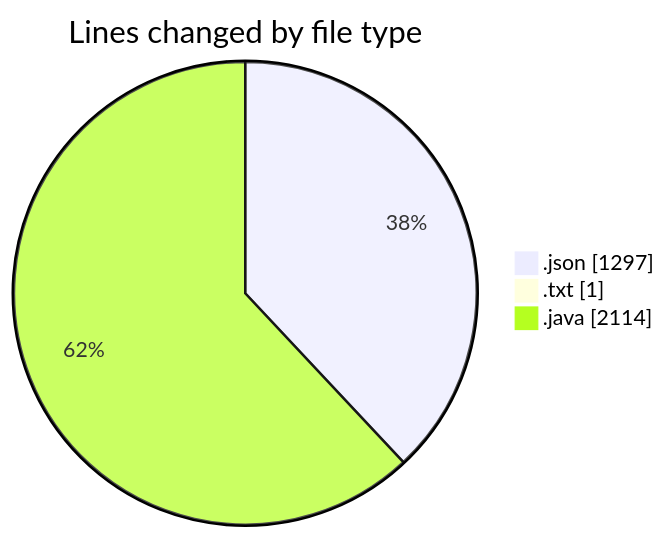
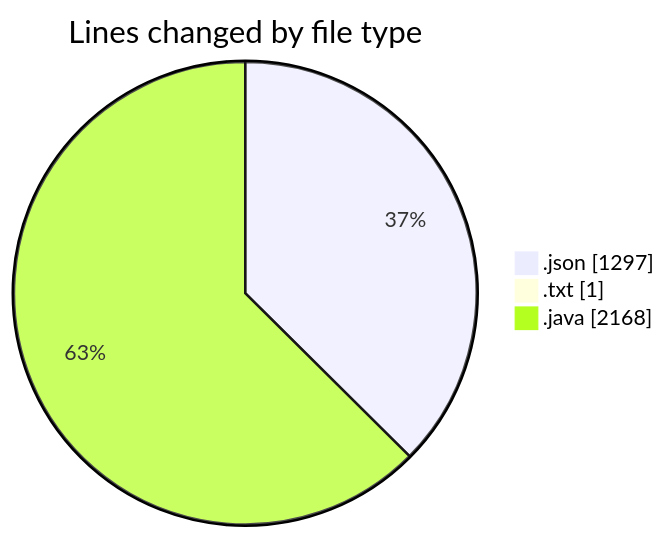
One commit to ricardozamudiocil/code-tracking changed the first of 2 diagrams in 2026-10-15/cilapp/README.md. Above: the diagram before and after it, drawn with Mermaid. The commit also changed other lines of this file and 1 other file, not shown here.

````diff
--- a/2026-10-15/cilapp/README.md
+++ b/2026-10-15/cilapp/README.md
@@ -23,7 +23,7 @@
 ```mermaid
 pie showData
 title Lines changed by file type
 ".json" : 1297
 ".txt" : 1
-".java" : 2114
+".java" : 2168
 ```
````
